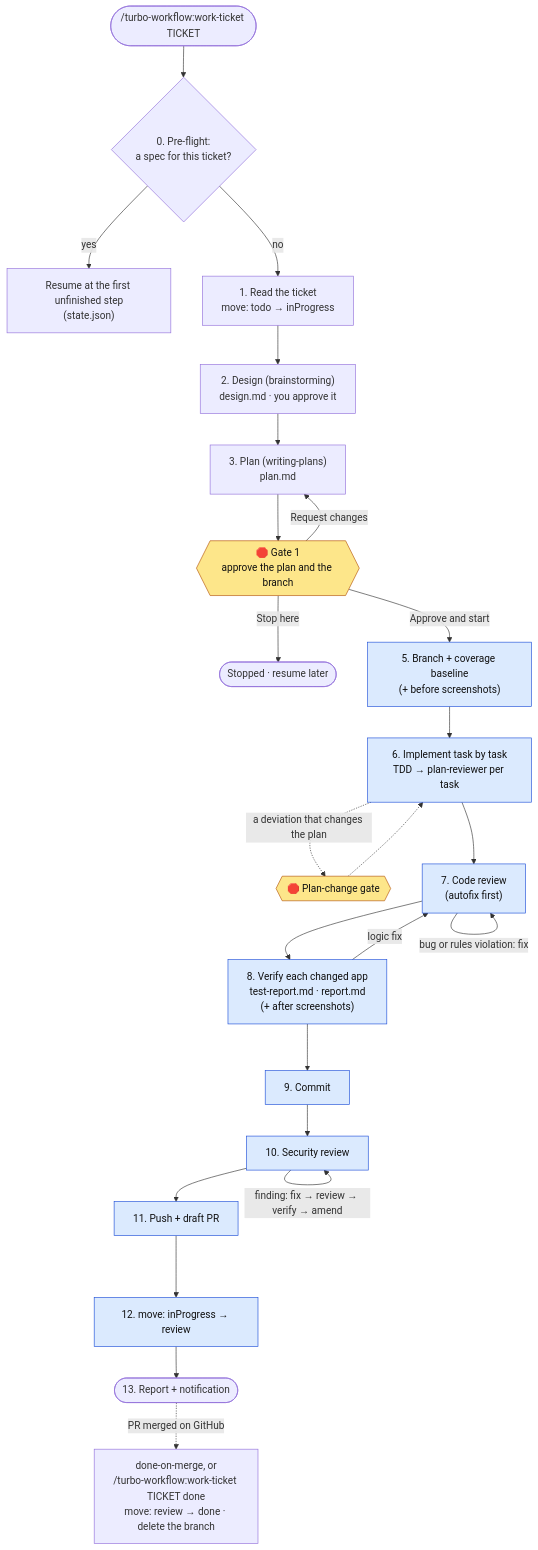
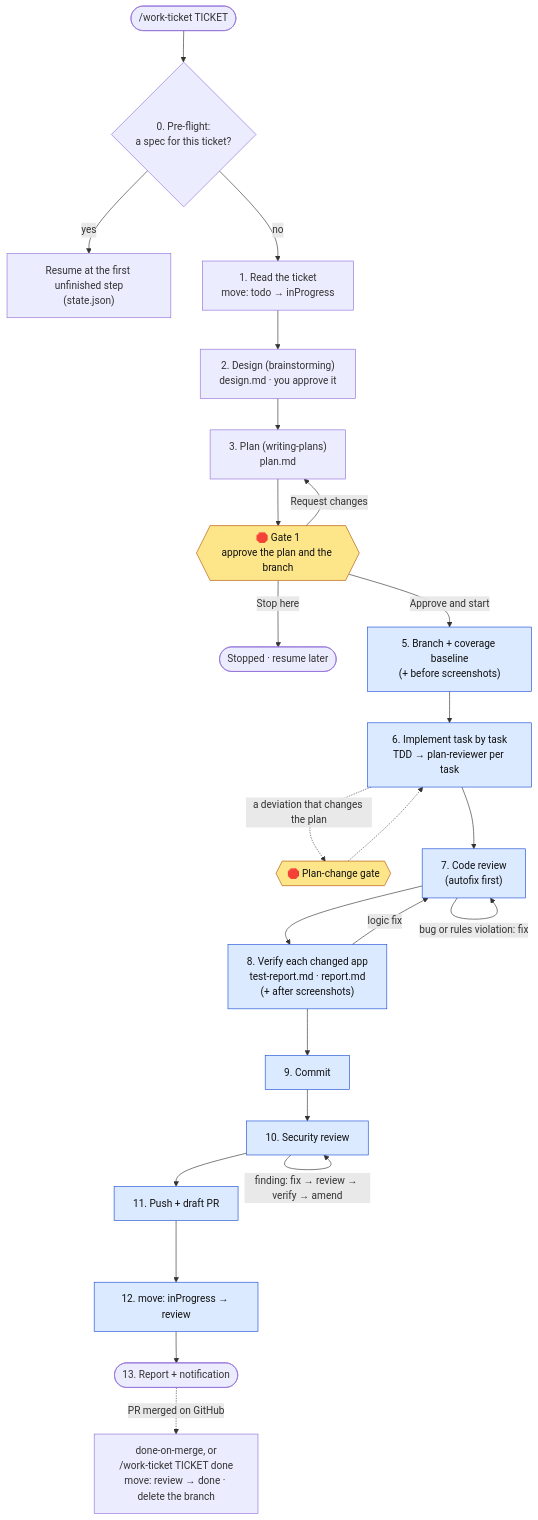
The first of 3 diagrams in docs/workflow.md (Tiennd0502/claude-turbo-workflow), drawn with Mermaid before and after one commit. The commit also changed other lines of this file and 14 other files, not shown here.

````diff
--- a/docs/workflow.md
+++ b/docs/workflow.md
@@ -7,31 +7,31 @@
 ```mermaid
 flowchart TD
-    start(["/turbo-workflow:work-ticket TICKET"]) --> s0{"0. Pre-flight:<br/>a spec for this ticket?"}
+    start(["/work-ticket TICKET"]) --> s0{"0. Pre-flight:<br/>a spec for this ticket?"}
     s0 -- "yes" --> resume["Resume at the first unfinished step<br/>(state.json)"]
     s0 -- "no" --> s1["1. Read the ticket<br/>move: todo → inProgress"]
     s1 --> s2["2. Design (brainstorming)<br/>design.md · you approve it"]
     s2 --> s3["3. Plan (writing-plans)<br/>plan.md"]
     s3 --> g1{{"🛑 Gate 1<br/>approve the plan and the branch"}}
     g1 -- "Request changes" --> s3
     g1 -- "Stop here" --> paused(["Stopped · resume later"])
     g1 -- "Approve and start" --> s5["5. Branch + coverage baseline<br/>(+ before screenshots)"]
     s5 --> s6["6. Implement task by task<br/>TDD → plan-reviewer per task"]
     s6 -. "a deviation that changes the plan" .-> pg{{"🛑 Plan-change gate"}}
     pg -.-> s6
     s6 --> s7["7. Code review<br/>(autofix first)"]
     s7 -- "bug or rules violation: fix" --> s7
     s7 --> s8["8. Verify each changed app<br/>test-report.md · report.md<br/>(+ after screenshots)"]
     s8 -- "logic fix" --> s7
     s8 --> s9["9. Commit"]
     s9 --> s10["10. Security review"]
     s10 -- "finding: fix → review → verify → amend" --> s10
     s10 --> s11["11. Push + draft PR"]
     s11 --> s12["12. move: inProgress → review"]
     s12 --> s13(["13. Report + notification"])
-    s13 -. "PR merged on GitHub" .-> done["done-on-merge, or<br/>/turbo-workflow:work-ticket TICKET done<br/>move: review → done · delete the branch"]
+    s13 -. "PR merged on GitHub" .-> done["done-on-merge, or<br/>/work-ticket TICKET done<br/>move: review → done · delete the branch"]
 
     classDef gate fill:#fde68a,stroke:#b45309,color:#111;
     classDef auto fill:#dbeafe,stroke:#1d4ed8,color:#111;
     class g1,pg gate;
     class s5,s6,s7,s8,s9,s10,s11,s12 auto;
 ```
````
